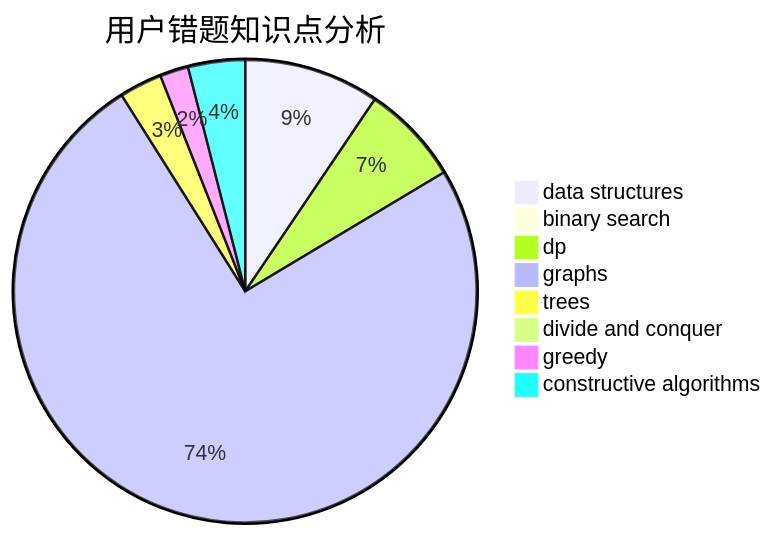
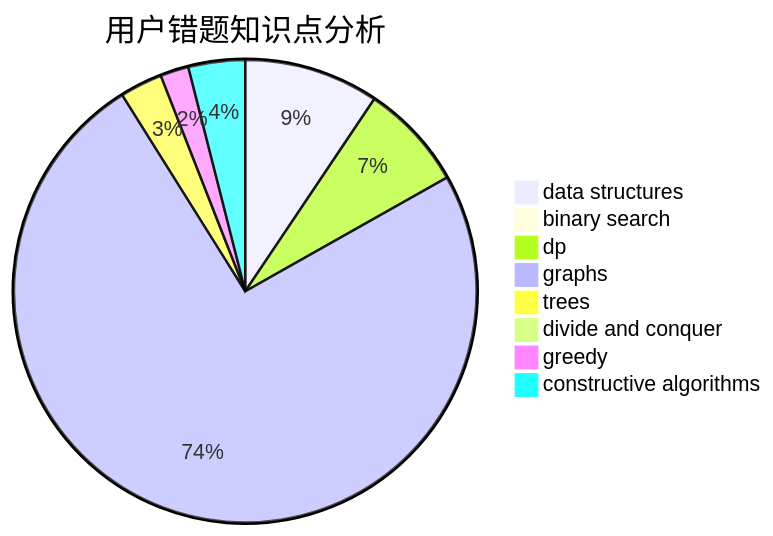
One commit to sherpahu/cfrs.github.io changed the third of 3 diagrams in docs/user/u2303.md. Above: the diagram before and after it, drawn with Mermaid. The commit also changed other lines of this file and 2770 other files, not shown here.

````diff
--- a/docs/user/u2303.md
+++ b/docs/user/u2303.md
@@ -36,11 +36,11 @@
 ```mermaid
 pie title 用户错题知识点分析
     "data structures" :  19
     "binary search" :  0
-    "dp" :  14
+    "dp" :  15
     "graphs" :  150
     "trees" :  6
     "divide and conquer" :  2
     "greedy" :  4
     "constructive algorithms" :  8
 ```
````
